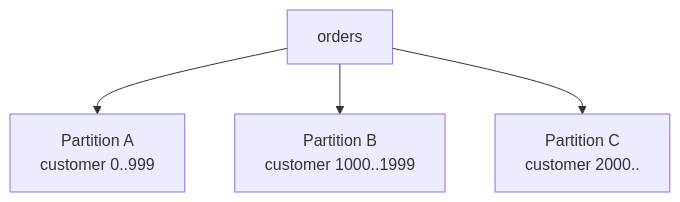
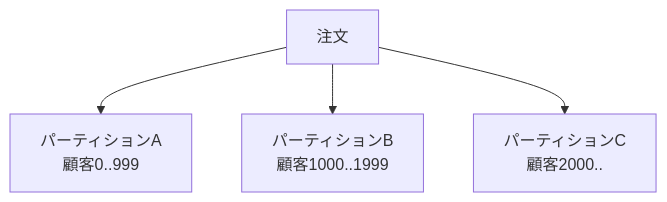
The first of 7 diagrams in src/content/docs/05-distributed-db/15-partitioning-sharding.md (hirunebot/database-systems-book), drawn with Mermaid before and after one commit. The commit also changed other lines of this file and 42 other files, not shown here.

````diff
--- a/src/content/docs/05-distributed-db/15-partitioning-sharding.md
+++ b/src/content/docs/05-distributed-db/15-partitioning-sharding.md
@@ -35,6 +35,6 @@
 ```mermaid
 flowchart TB
-    Orders["orders"] --> P1["Partition A<br/>customer 0..999"]
-    Orders --> P2["Partition B<br/>customer 1000..1999"]
-    Orders --> P3["Partition C<br/>customer 2000.."]
+    Orders["注文"] --> P1["パーティションA<br/>顧客0..999"]
+    Orders --> P2["パーティションB<br/>顧客1000..1999"]
+    Orders --> P3["パーティションC<br/>顧客2000.."]
 ```
````
